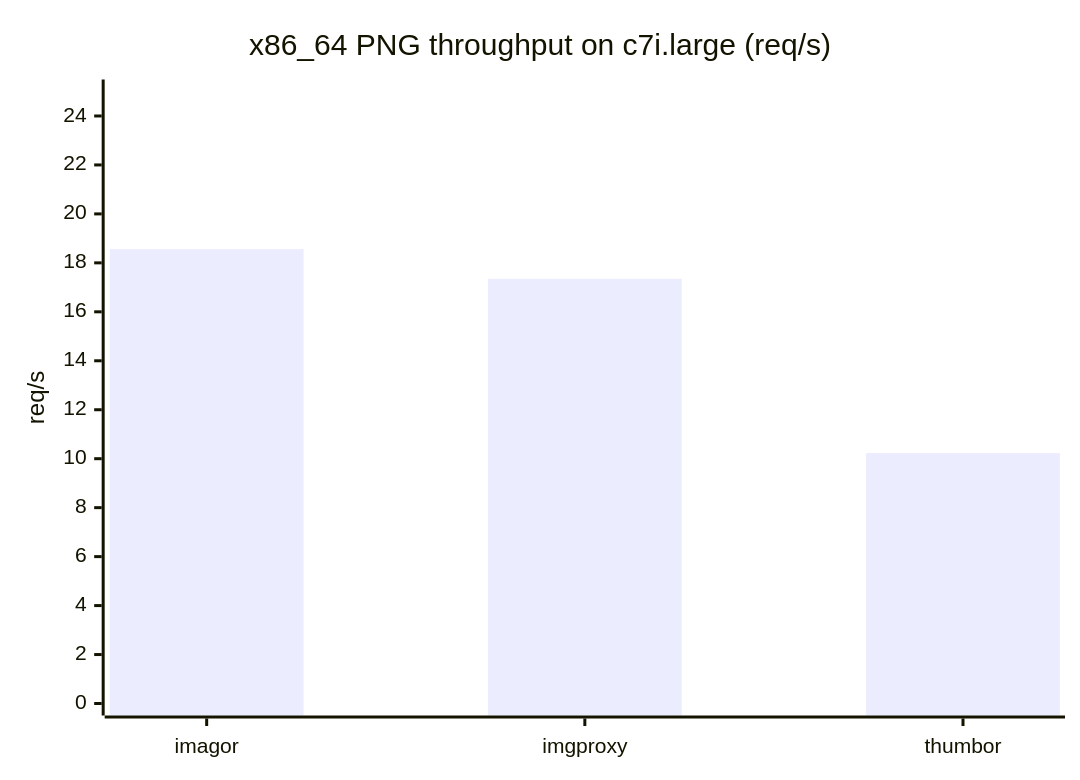
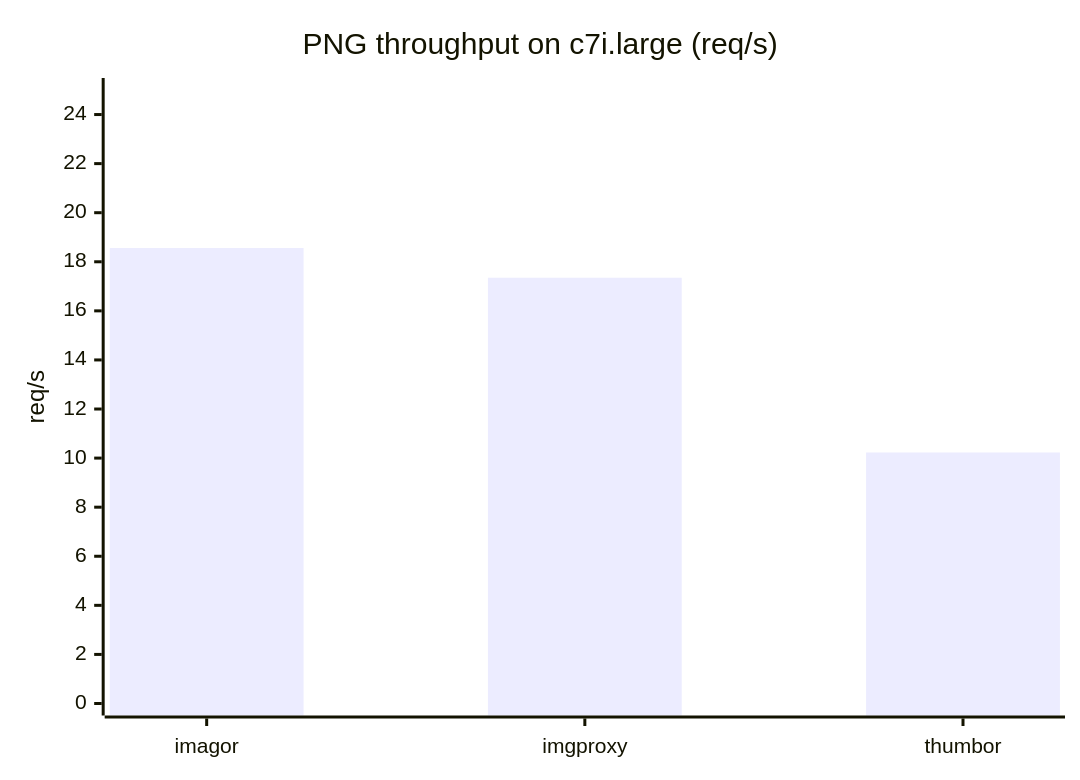
Before and after one commit to l3dlp-sandbox/imagor: the third of 5 diagrams in docs/docs/benchmarks.mdx, drawn with Mermaid. The commit also changed other lines of this file, not shown here.

````diff
--- a/docs/docs/benchmarks.mdx
+++ b/docs/docs/benchmarks.mdx
@@ -58,7 +56,7 @@
 ```mermaid
 xychart-beta
-  title "x86_64 PNG throughput on c7i.large (req/s)"
+  title "PNG throughput on c7i.large (req/s)"
   x-axis [imagor, imgproxy, thumbor]
   y-axis "req/s" 0 --> 25
   bar "PNG" [18.56, 17.35, 10.23]
 ```
````
